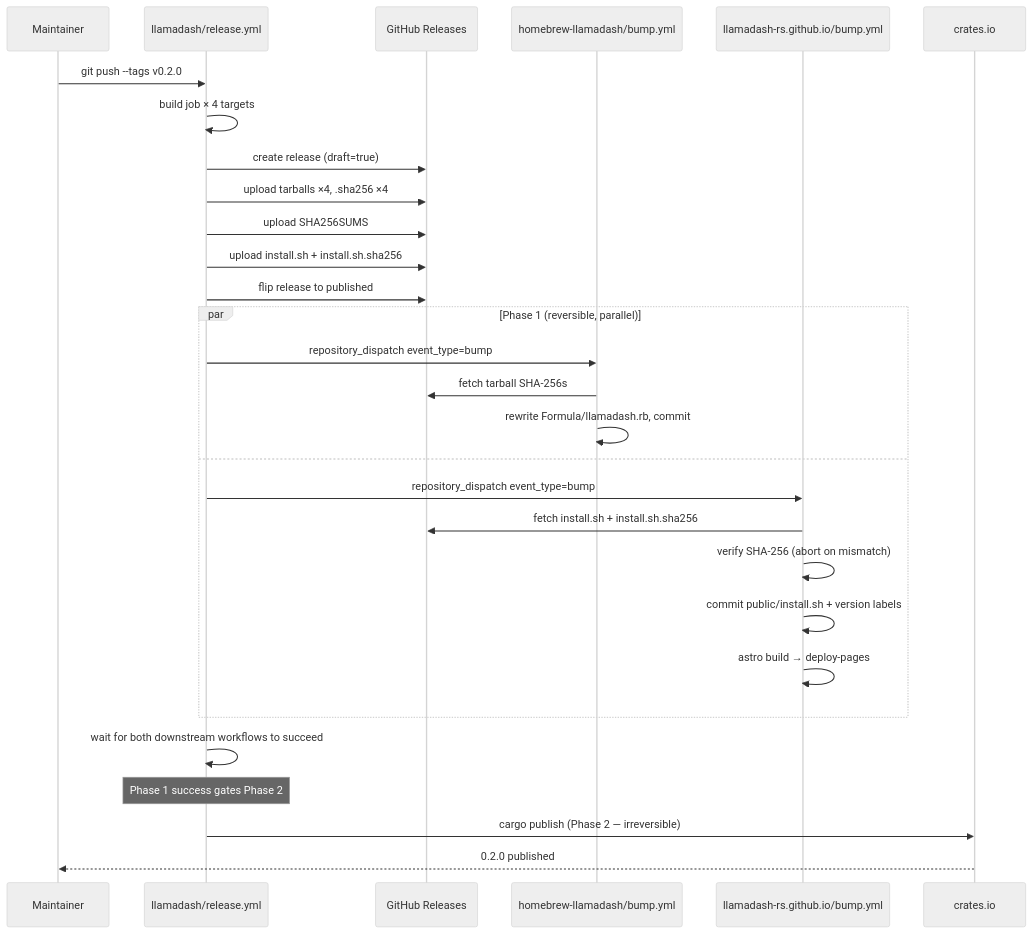
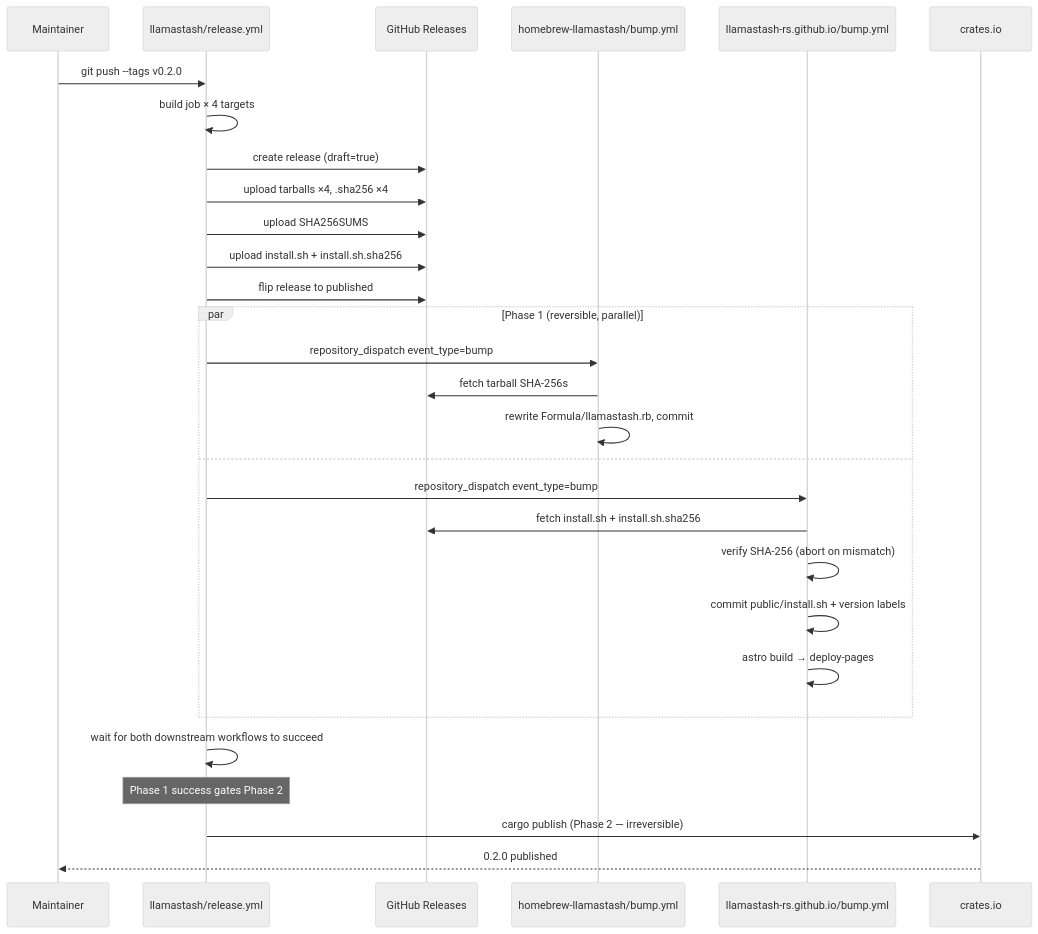
Before and after one commit to llamastash/llamastash: the diagram in docs/plans/2026-05-19-003-feat-0.2.0-release-setup-plan.md, drawn with Mermaid (neutral theme). The commit also changed other lines of this file and 2 other files, not shown here.

````diff
--- a/docs/plans/2026-05-19-003-feat-0.2.0-release-setup-plan.md
+++ b/docs/plans/2026-05-19-003-feat-0.2.0-release-setup-plan.md
@@ -159,35 +159,35 @@
 ```mermaid
 sequenceDiagram
     participant Maint as Maintainer
-    participant Main as llamadash/release.yml
+    participant Main as llamastash/release.yml
     participant GHR as GitHub Releases
-    participant Tap as homebrew-llamadash/bump.yml
-    participant Site as llamadash-rs.github.io/bump.yml
+    participant Tap as homebrew-llamastash/bump.yml
+    participant Site as llamastash-rs.github.io/bump.yml
     participant Cargo as crates.io
 
     Maint->>Main: git push --tags v0.2.0
     Main->>Main: build job × 4 targets
     Main->>GHR: create release (draft=true)
     Main->>GHR: upload tarballs ×4, .sha256 ×4
     Main->>GHR: upload SHA256SUMS
     Main->>GHR: upload install.sh + install.sh.sha256
     Main->>GHR: flip release to published
 
     par Phase 1 (reversible, parallel)
         Main->>Tap: repository_dispatch event_type=bump
         Tap->>GHR: fetch tarball SHA-256s
-        Tap->>Tap: rewrite Formula/llamadash.rb, commit
+        Tap->>Tap: rewrite Formula/llamastash.rb, commit
     and
         Main->>Site: repository_dispatch event_type=bump
         Site->>GHR: fetch install.sh + install.sh.sha256
         Site->>Site: verify SHA-256 (abort on mismatch)
         Site->>Site: commit public/install.sh + version labels
         Site->>Site: astro build → deploy-pages
     end
 
     Main->>Main: wait for both downstream workflows to succeed
     Note over Main: Phase 1 success gates Phase 2
 
     Main->>Cargo: cargo publish (Phase 2 — irreversible)
     Cargo-->>Maint: 0.2.0 published
 ```
````
